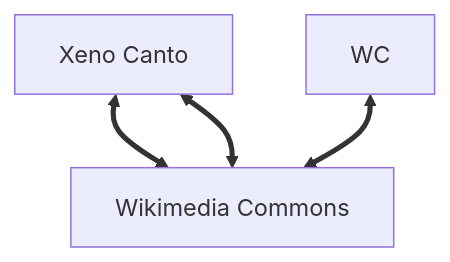
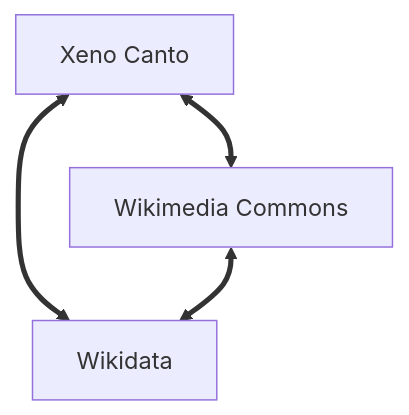
The third of 3 diagrams in README.md (andrawaag/arise_hack2022), drawn with Mermaid before and after one commit.

````diff
--- a/README.md
+++ b/README.md
@@ -28,6 +28,6 @@
 ```mermaid
   graph TD;
       XC[Xeno Canto]<==>WD[Wikidata];
-      XC[Xeno Canto]<==>WD[Wikimedia Commons];
+      XC[Xeno Canto]<==>WC[Wikimedia Commons];
       WC <==> WD;
 ```
````
